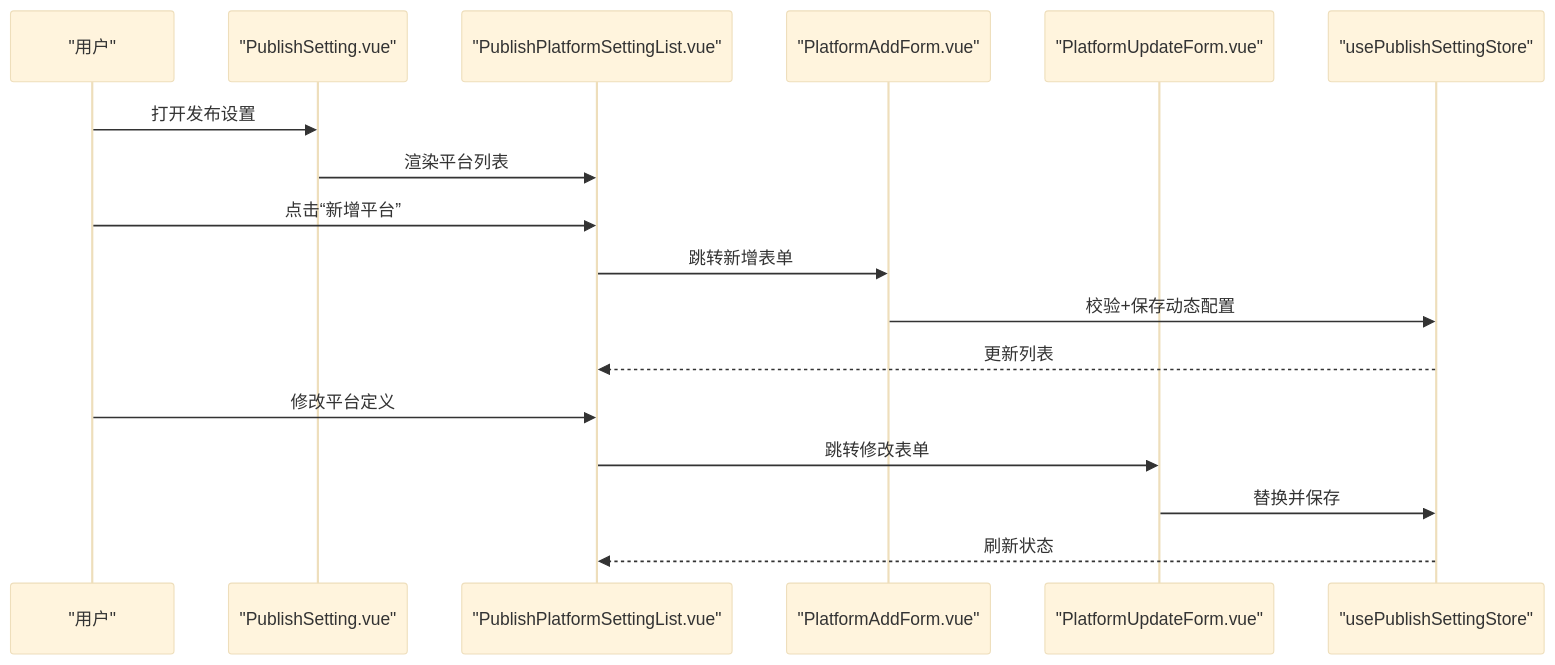
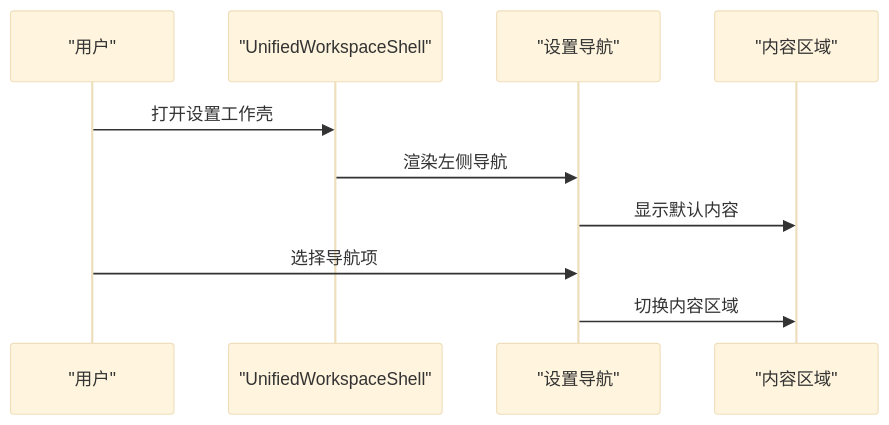
Before and after one commit to terwer/siyuan-plugin-publisher: the second of 6 diagrams in .qoder/repowiki/zh/content/用户界面组件/设置组件/设置组件.md, drawn with Mermaid (base theme). The commit also changed other lines of this file and 18 other files, not shown here.

First line of the commit message:
docs(core-architecture): add detailed Composition API design patterns document

````diff
--- a/.qoder/repowiki/zh/content/用户界面组件/设置组件/设置组件.md
+++ b/.qoder/repowiki/zh/content/用户界面组件/设置组件/设置组件.md
@@ -121,19 +144,12 @@
 ```mermaid
 sequenceDiagram
-participant U as "用户"
-participant PS as "PublishSetting.vue"
-participant PLS as "PublishPlatformSettingList.vue"
-participant PAF as "PlatformAddForm.vue"
-participant PUF as "PlatformUpdateForm.vue"
-participant ST as "usePublishSettingStore"
-U->>PS : 打开发布设置
-PS->>PLS : 渲染平台列表
-U->>PLS : 点击“新增平台”
-PLS->>PAF : 跳转新增表单
-PAF->>ST : 校验+保存动态配置
-ST-->>PLS : 更新列表
-U->>PLS : 修改平台定义
-PLS->>PUF : 跳转修改表单
-PUF->>ST : 替换并保存
-ST-->>PLS : 刷新状态
+participant User as "用户"
+participant Shell as "UnifiedWorkspaceShell"
+participant Nav as "设置导航"
+participant Main as "内容区域"
+User->>Shell : 打开设置工作壳
+Shell->>Nav : 渲染左侧导航
+Nav->>Main : 显示默认内容
+User->>Nav : 选择导航项
+Nav->>Main : 切换内容区域
 ```
````
